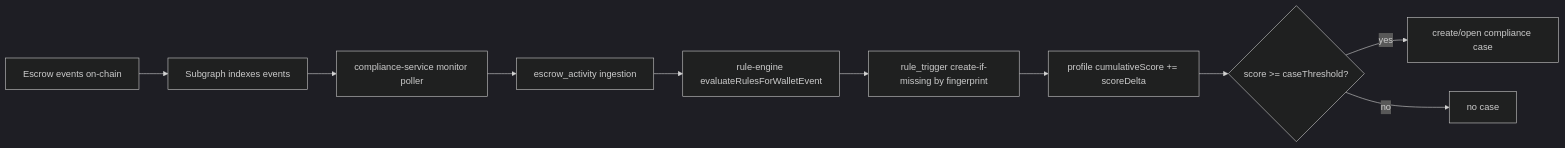
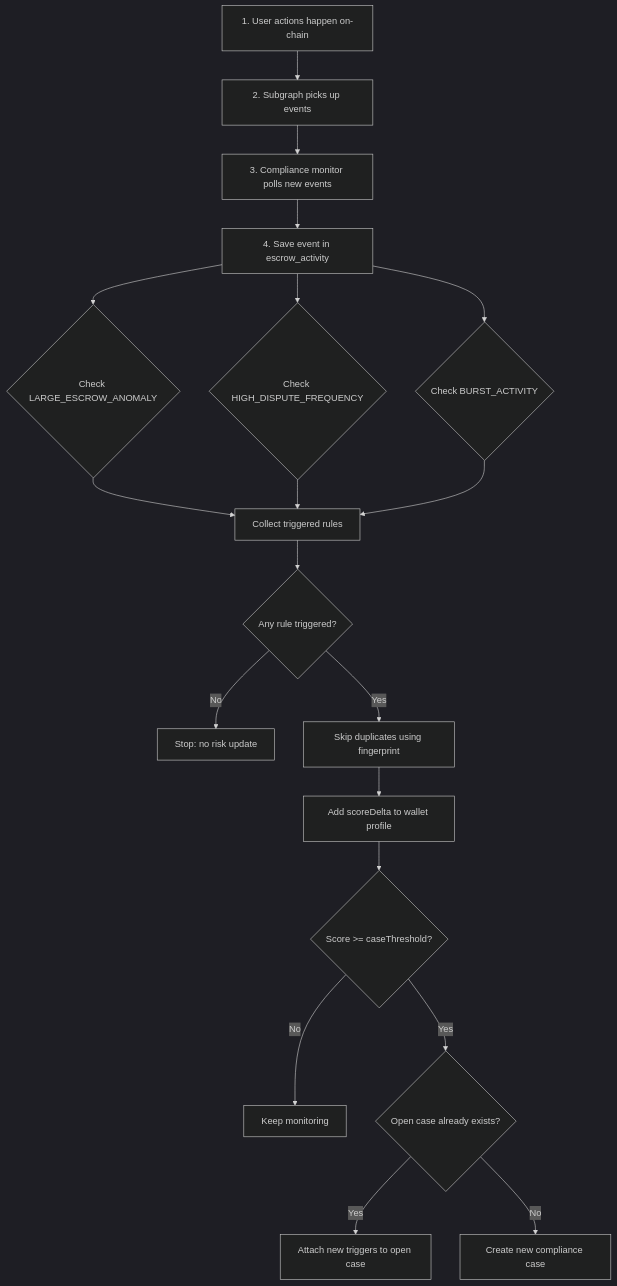
The third of 6 diagrams in README.md (neozhixuan/fr33), drawn with Mermaid (dark theme) before and after one commit. The commit also changed other lines of this file, not shown here.

````diff
--- a/README.md
+++ b/README.md
@@ -74,12 +74,25 @@
 ```mermaid
-flowchart LR
-    E[Escrow events on-chain] --> S[Subgraph indexes events]
-    S --> M[compliance-service monitor poller]
-    M --> A[escrow_activity ingestion]
-    A --> RE[rule-engine evaluateRulesForWalletEvent]
-    RE --> RT[rule_trigger create-if-missing by fingerprint]
-    RT --> P[profile cumulativeScore += scoreDelta]
-    P --> T{score >= caseThreshold?}
-    T -->|yes| C[create/open compliance case]
-    T -->|no| N[no case]
+flowchart TD
+  E[1. User actions happen on-chain] --> SG[2. Subgraph picks up events]
+  SG --> MON[3. Compliance monitor polls new events]
+  MON --> INGEST[4. Save event in escrow_activity]
+
+  INGEST --> R1{Check LARGE_ESCROW_ANOMALY}
+  INGEST --> R2{Check HIGH_DISPUTE_FREQUENCY}
+  INGEST --> R3{Check BURST_ACTIVITY}
+
+  R1 --> COLLECT[Collect triggered rules]
+  R2 --> COLLECT
+  R3 --> COLLECT
+
+  COLLECT --> ANY{Any rule triggered?}
+  ANY -->|No| STOP[Stop: no risk update]
+  ANY -->|Yes| DEDUPE[Skip duplicates using fingerprint]
+
+  DEDUPE --> SCORE[Add scoreDelta to wallet profile]
+  SCORE --> CASECHK{Score >= caseThreshold?}
+  CASECHK -->|No| WATCH[Keep monitoring]
+  CASECHK -->|Yes| OPENCHK{Open case already exists?}
+  OPENCHK -->|Yes| ATTACH[Attach new triggers to open case]
+  OPENCHK -->|No| OPEN[Create new compliance case]
 ```
````
